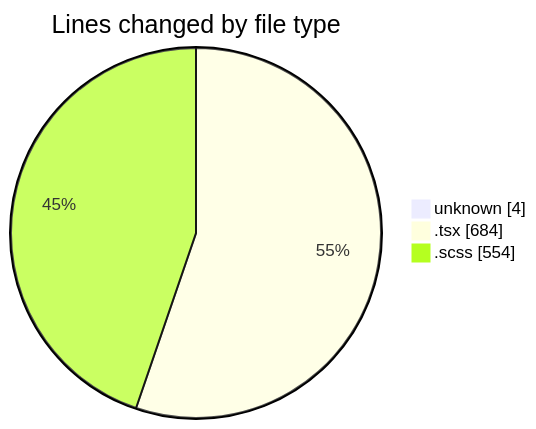
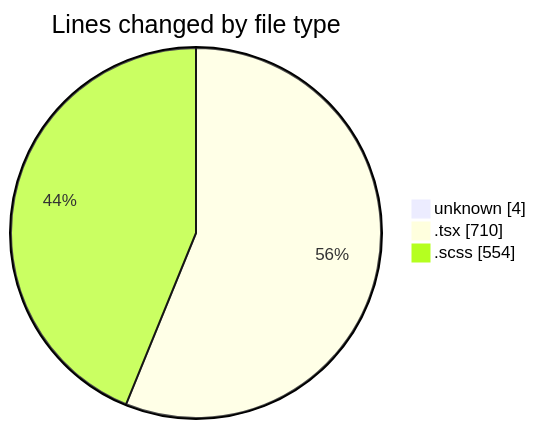
One commit to momahboobian/code-tracking changed the first of 2 diagrams in 2025-02-14/cda/README.md. Above: the diagram before and after it, drawn with Mermaid. The commit also changed other lines of this file and 1 other file, not shown here.

````diff
--- a/2025-02-14/cda/README.md
+++ b/2025-02-14/cda/README.md
@@ -26,7 +26,7 @@
 ```mermaid
 pie showData
 title Lines changed by file type
 "unknown" : 4
-".tsx" : 684
+".tsx" : 710
 ".scss" : 554
 ```
````
